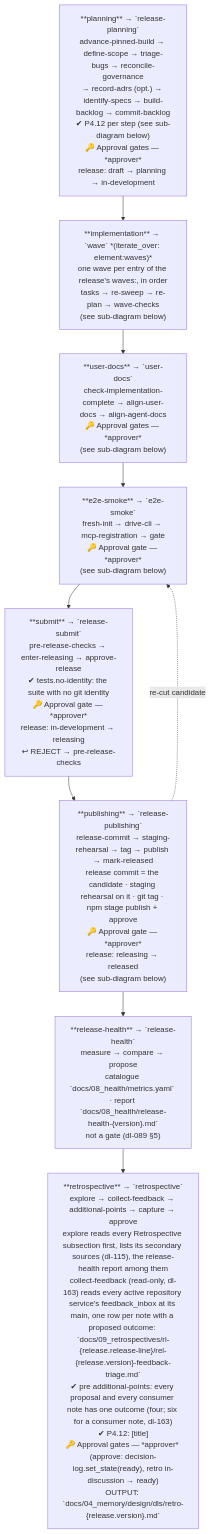
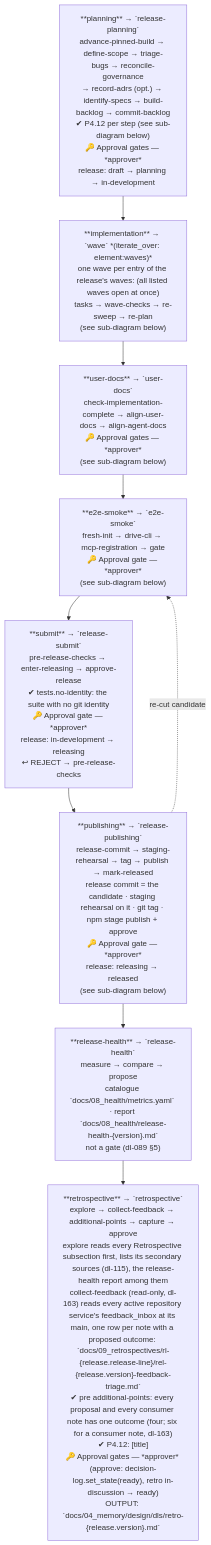
The eighth of 29 diagrams in .wingfoil/WORKFLOW.md (wingfoil/wingfoil), drawn with Mermaid before and after one commit. The commit also changed other lines of this file and 8 other files, not shown here.

First line of the commit message:
fix(workflow): task-230 — review F1–F3, F5, F7: absent waves undecided, per-release wave tasks, concurrent waves stated, checks before the re-sweep

````diff
--- a/.wingfoil/WORKFLOW.md
+++ b/.wingfoil/WORKFLOW.md
@@ -190,21 +190,21 @@
 ```mermaid
 flowchart TD
     RP["**planning** → `release-planning`\nadvance-pinned-build → define-scope → triage-bugs → reconcile-governance\n→ record-adrs (opt.) → identify-specs → build-backlog → commit-backlog\n✔ P4.12 per step (see sub-diagram below)\n🔑 Approval gates — *approver*\nrelease: draft → planning → in-development"]
 
-    DL["**implementation** → `wave` *(iterate_over: element:waves)*\none wave per entry of the release's waves:, in order\ntasks → re-sweep → re-plan → wave-checks\n(see sub-diagram below)"]
+    DL["**implementation** → `wave` *(iterate_over: element:waves)*\none wave per entry of the release's waves: (all listed waves open at once)\ntasks → wave-checks → re-sweep → re-plan\n(see sub-diagram below)"]
 
     UD["**user-docs** → `user-docs`\ncheck-implementation-complete → align-user-docs → align-agent-docs\n🔑 Approval gates — *approver*\n(see sub-diagram below)"]
 
     ES["**e2e-smoke** → `e2e-smoke`\nfresh-init → drive-cli → mcp-registration → gate\n🔑 Approval gate — *approver*\n(see sub-diagram below)"]
 
     RS["**submit** → `release-submit`\npre-release-checks → enter-releasing → approve-release\n✔ tests.no-identity: the suite with no git identity\n🔑 Approval gate — *approver*\nrelease: in-development → releasing\n↩ REJECT → pre-release-checks"]
 
     RP2["**publishing** → `release-publishing`\nrelease-commit → staging-rehearsal → tag → publish → mark-released\nrelease commit = the candidate · staging rehearsal on it · git tag · npm stage publish + approve\n🔑 Approval gate — *approver*\nrelease: releasing → released\n(see sub-diagram below)"]
 
     RT["**retrospective** → `retrospective`\nexplore → collect-feedback → additional-points → capture → approve\nexplore reads every Retrospective subsection first, lists its secondary sources (dl-115), the release-health report among them\ncollect-feedback (read-only, dl-163) reads every active repository service's feedback_inbox at its main, one row per note with a proposed outcome: `docs/09_retrospectives/rl-{release.release-line}/rel-{release.version}-feedback-triage.md`\n✔ pre additional-points: every proposal and every consumer note has one outcome (four; six for a consumer note, dl-163)\n✔ P4.12: [title]\n🔑 Approval gates — *approver* (approve: decision-log.set_state(ready), retro in-discussion → ready)\nOUTPUT: `docs/04_memory/design/dls/retro-{release.version}.md`"]
 
     RH["**release-health** → `release-health`\nmeasure → compare → propose\ncatalogue `docs/08_health/metrics.yaml` · report `docs/08_health/release-health-{version}.md`\nnot a gate (dl-089 §5)"]
 
     RP --> DL --> UD --> ES --> RS --> RP2 --> RH --> RT
     RP2 -.->|re-cut candidate| ES
 ```
````
